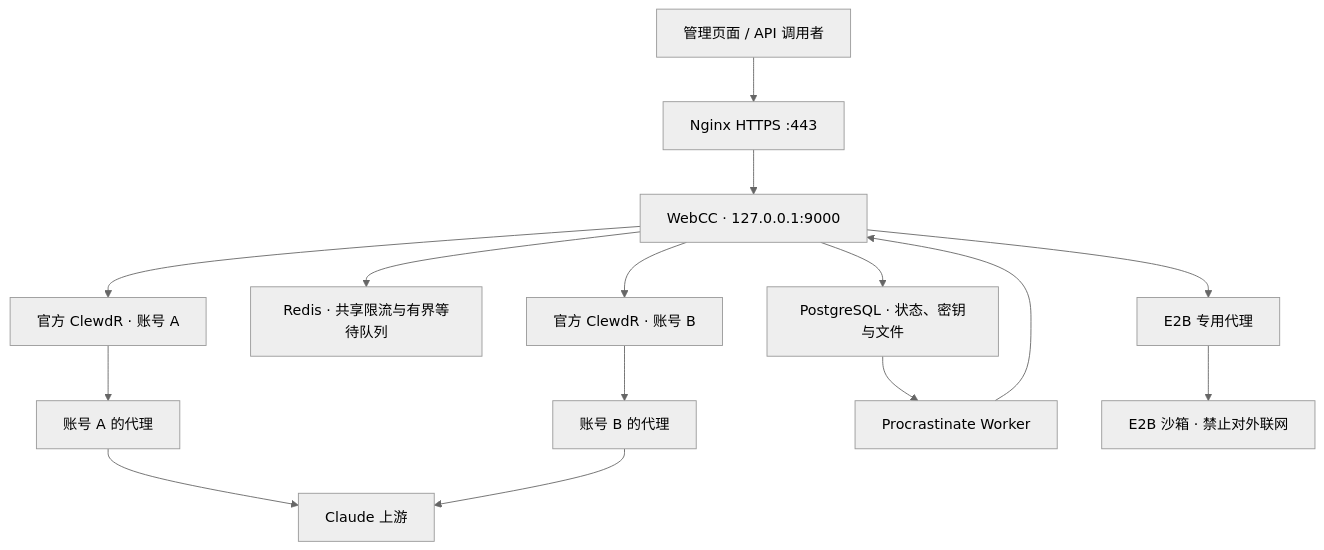
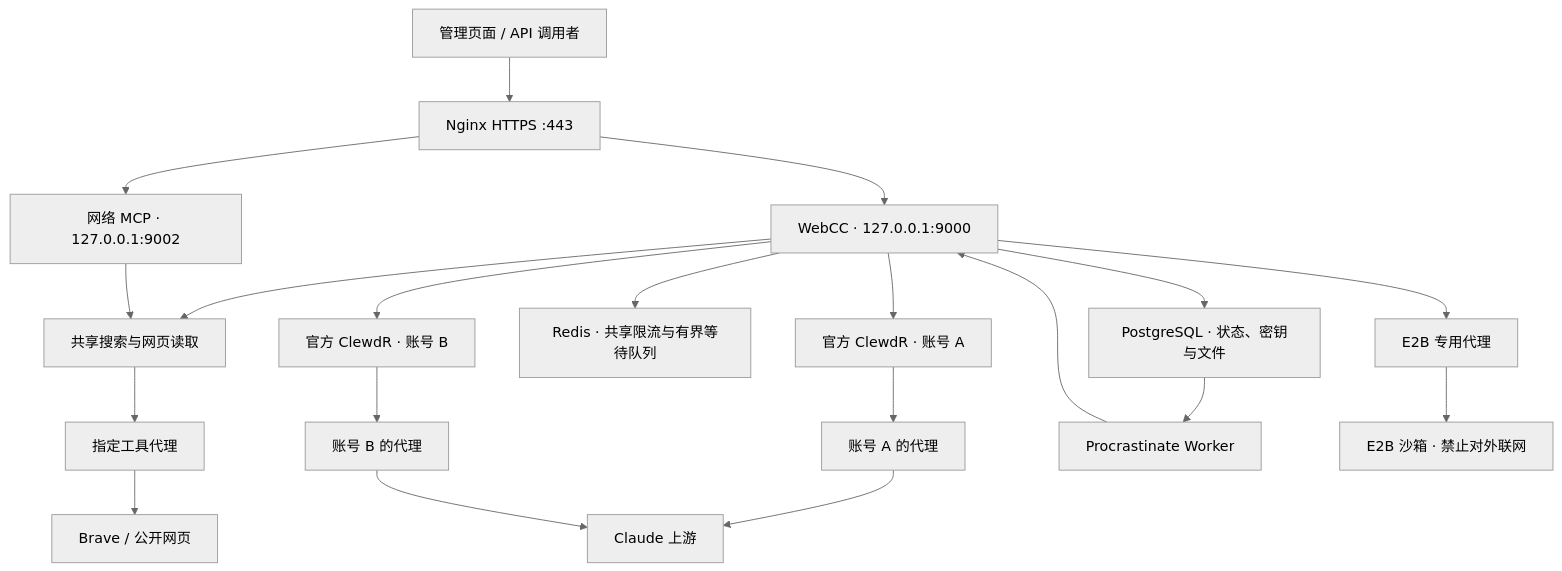
The diagram in README.md (chenjz0008-afk/webcc), drawn with Mermaid (neutral theme) before and after one commit. The commit also changed other lines of this file and 3 other files, not shown here.

Commit message:
fix: accept nginx MCP host and verify public concurrent search

````diff
--- a/README.md
+++ b/README.md
@@ -27,17 +29,22 @@
 ```mermaid
 flowchart TD
     Browser[管理页面 / API 调用者] --> Nginx[Nginx HTTPS :443]
     Nginx --> Manager[WebCC · 127.0.0.1:9000]
+    Nginx --> MCP[网络 MCP · 127.0.0.1:9002]
+    Manager --> Network[共享搜索与网页读取]
+    MCP --> Network
+    Network --> ToolProxy[指定工具代理]
+    ToolProxy --> Sources[Brave / 公开网页]
     Manager --> Store[PostgreSQL · 状态、密钥与文件]
     Manager --> Limits[Redis · 共享限流与有界等待队列]
     Manager --> WorkerA[官方 ClewdR · 账号 A]
     Manager --> WorkerB[官方 ClewdR · 账号 B]
     WorkerA --> ProxyA[账号 A 的代理]
     WorkerB --> ProxyB[账号 B 的代理]
     Store --> Tasks[Procrastinate Worker]
     Tasks --> Manager
     Manager --> E2BProxy[E2B 专用代理]
     E2BProxy --> E2B[E2B 沙箱 · 禁止对外联网]
     ProxyA --> Claude[Claude 上游]
     ProxyB --> Claude
 ```
````
